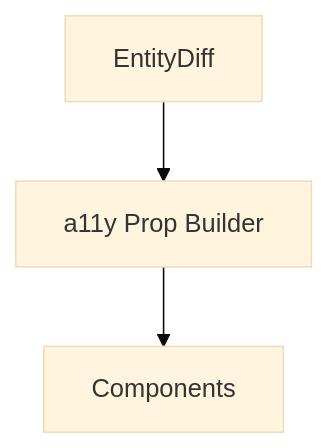
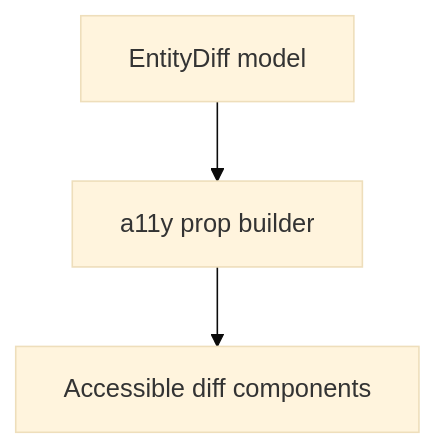
The eighth of 8 diagrams in web/src/entities/diff-first/components/README.md (bartytime4life/Kansas-Frontier-Matrix), drawn with Mermaid (base theme) before and after one commit. The commit also changed other lines of this file, not shown here.

Commit message:
Update README.md for Diff-First components

````diff
--- a/web/src/entities/diff-first/components/README.md
+++ b/web/src/entities/diff-first/components/README.md
@@ -241,5 +241,5 @@
 ```mermaid
 flowchart TD
-    EVM[EntityDiff] --> A11Y[a11y Prop Builder]
-    A11Y --> UI[Components]
+    EVM[EntityDiff model] --> A11Y[a11y prop builder]
+    A11Y --> UI[Accessible diff components]
 ```
````
